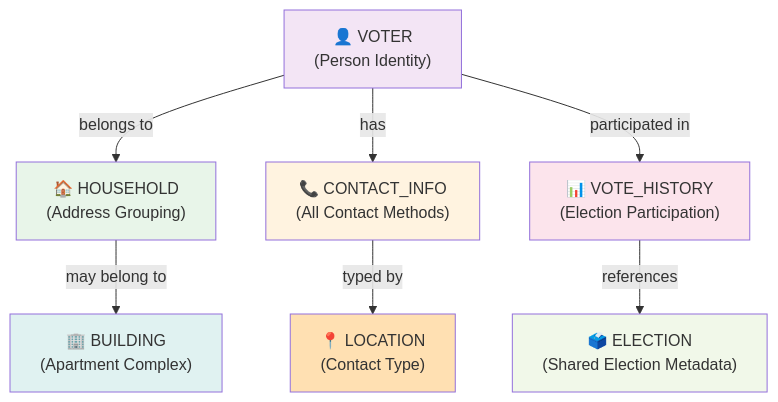
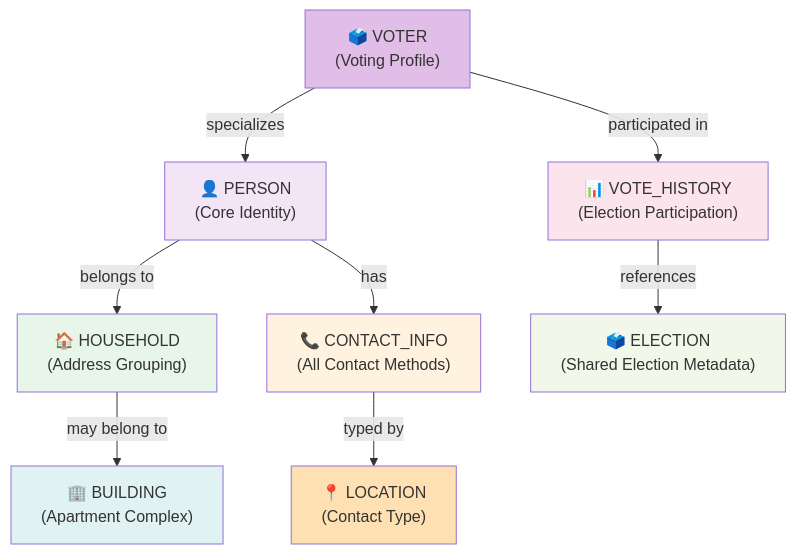
One commit to Spinnernicholas/cocoa-canvas changed the first of 2 diagrams in VOTER_FILE_ARCHITECTURE.md. Above: the diagram before and after it, drawn with Mermaid. The commit also changed other lines of this file, not shown here.

First line of the commit message:
Refactor to person-centric architecture with voter as specialized type

````diff
--- a/VOTER_FILE_ARCHITECTURE.md
+++ b/VOTER_FILE_ARCHITECTURE.md
@@ -15,25 +15,28 @@
 ```mermaid
 graph TD
-    V["👤 VOTER<br/>(Person Identity)"]
+    P["👤 PERSON<br/>(Core Identity)"]
+    V["🗳️ VOTER<br/>(Voting Profile)"]
     H["🏠 HOUSEHOLD<br/>(Address Grouping)"]
     B["🏢 BUILDING<br/>(Apartment Complex)"]
     C["📞 CONTACT_INFO<br/>(All Contact Methods)"]
     L["📍 LOCATION<br/>(Contact Type)"]
     E["🗳️ ELECTION<br/>(Shared Election Metadata)"]
     VH["📊 VOTE_HISTORY<br/>(Election Participation)"]
     
-    V -->|belongs to| H
+    V -->|specializes| P
+    P -->|belongs to| H
     H -->|may belong to| B
-    V -->|has| C
+    P -->|has| C
     C -->|typed by| L
     V -->|participated in| VH
     VH -->|references| E
     
-    style V fill:#f3e5f5
+    style P fill:#f3e5f5
+    style V fill:#e1bee7
     style H fill:#e8f5e9
     style B fill:#e0f2f1
     style C fill:#fff3e0
     style L fill:#ffe0b2
     style VH fill:#fce4ec
     style E fill:#f1f8e9
 ```
````
